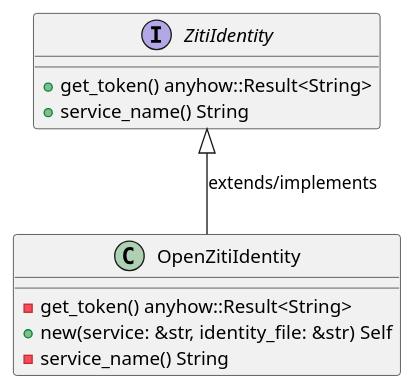
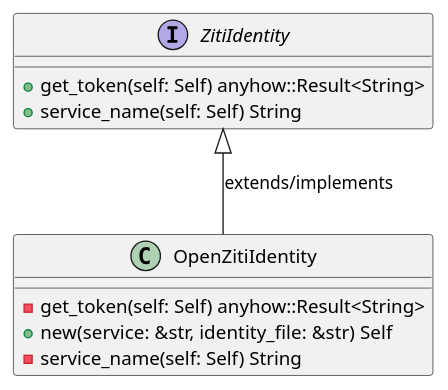
The first of 6 diagrams in openwiki/crates_factory_infrastructure_src_ziti.md (lgcorzo/rust_CACD_autonomous_factory), drawn with PlantUML before and after one commit. The commit also changed other lines of this file and 95 other files, not shown here.

````diff
--- a/openwiki/crates_factory_infrastructure_src_ziti.md
+++ b/openwiki/crates_factory_infrastructure_src_ziti.md
@@ -157,15 +157,15 @@
 ```plantuml
 @startuml
 class OpenZitiIdentity {
-    -get_token() anyhow::Result<String>
+    -get_token(self: Self) anyhow::Result<String>
     +new(service: &str, identity_file: &str) Self
-    -service_name() String
+    -service_name(self: Self) String
 }
 ZitiIdentity <|-- OpenZitiIdentity : extends/implements
 interface ZitiIdentity {
-    +get_token() anyhow::Result<String>
-    +service_name() String
+    +get_token(self: Self) anyhow::Result<String>
+    +service_name(self: Self) String
 }
 @enduml
 
 ```
````
